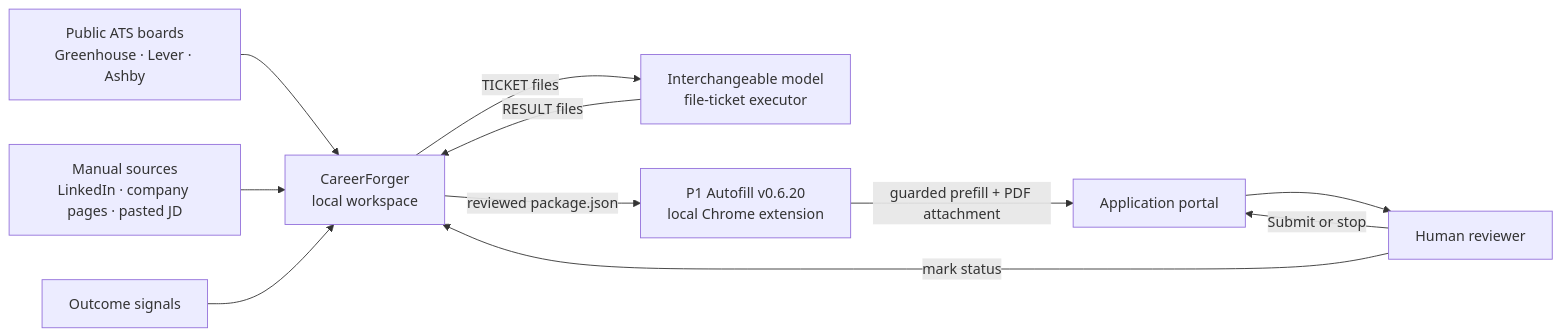
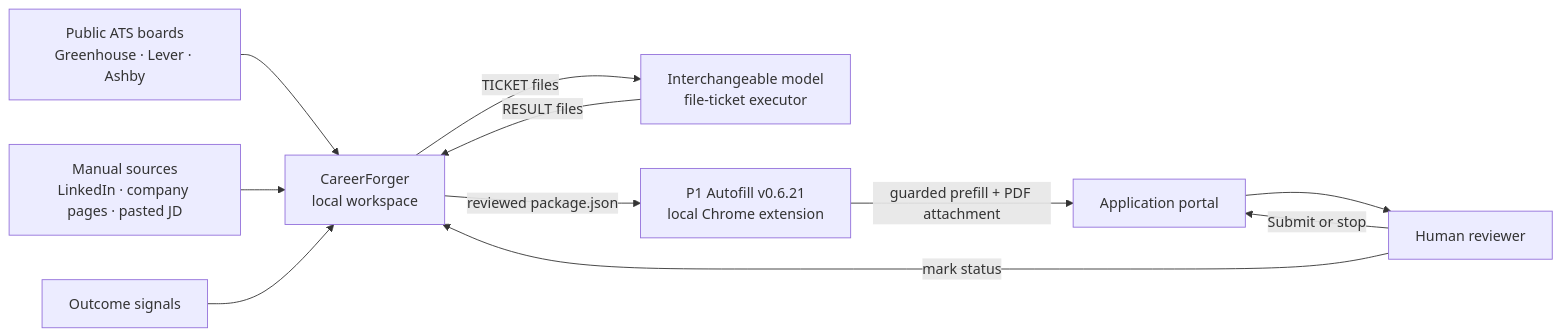
The first of 4 diagrams in docs/ARCHITECTURE.md (devothamgn321/CareerForger), drawn with Mermaid before and after one commit. The commit also changed other lines of this file and 11 other files, not shown here.

````diff
--- a/docs/ARCHITECTURE.md
+++ b/docs/ARCHITECTURE.md
@@ -117,22 +117,22 @@
 ```mermaid
 flowchart LR
     ATS[Public ATS boards<br/>Greenhouse · Lever · Ashby]
     MANUAL[Manual sources<br/>LinkedIn · company pages · pasted JD]
     CF[CareerForger<br/>local workspace]
     MODEL[Interchangeable model<br/>file-ticket executor]
-    EXT[P1 Autofill v0.6.20<br/>local Chrome extension]
+    EXT[P1 Autofill v0.6.21<br/>local Chrome extension]
     PORTAL[Application portal]
     HUMAN[Human reviewer]
     OUTCOME[Outcome signals]
 
     ATS --> CF
     MANUAL --> CF
     CF -->|TICKET files| MODEL
     MODEL -->|RESULT files| CF
     CF -->|reviewed package.json| EXT
     EXT -->|guarded prefill + PDF attachment| PORTAL
     PORTAL --> HUMAN
     HUMAN -->|Submit or stop| PORTAL
     HUMAN -->|mark status| CF
     OUTCOME --> CF
 ```
````
